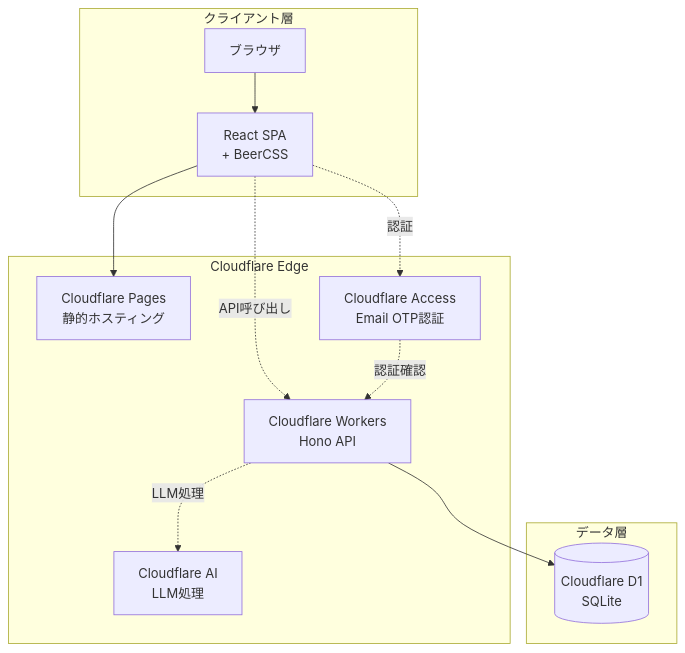
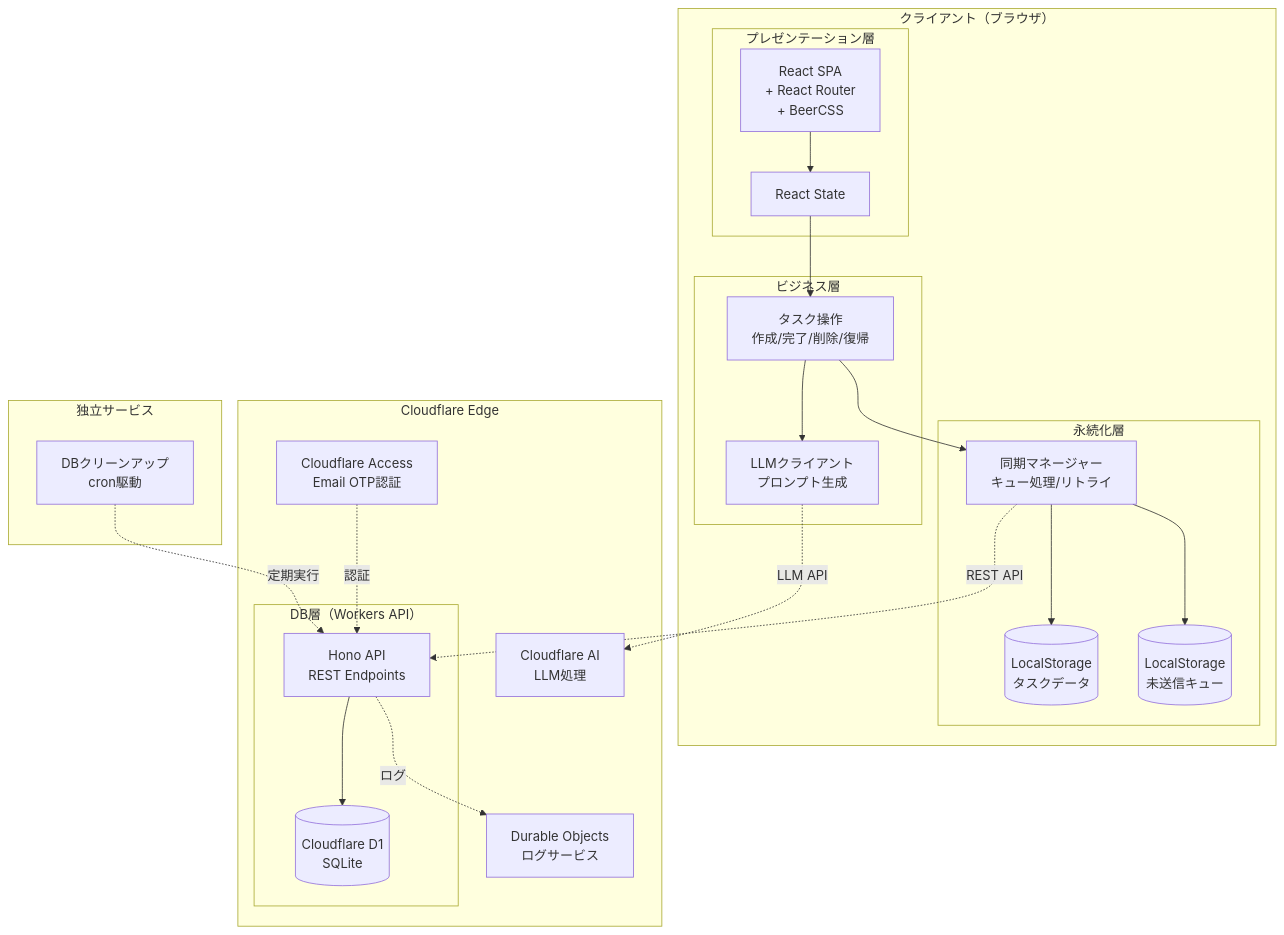
Before and after one commit to osawa-naotaka/vanishtodo: the first of 4 diagrams in doc/05_01_ARCHETECTURE.md, drawn with Mermaid. The commit also changed other lines of this file, not shown here.

````diff
--- a/doc/05_01_ARCHETECTURE.md
+++ b/doc/05_01_ARCHETECTURE.md
@@ -7,26 +25,49 @@
 ```mermaid
 graph TB
-    subgraph "クライアント層"
-        Browser[ブラウザ]
-        UI[React SPA<br/>+ BeerCSS]
+    subgraph "クライアント（ブラウザ）"
+        subgraph "プレゼンテーション層"
+            UI[React SPA<br/>+ React Router<br/>+ BeerCSS]
+            State[React State]
+        end
+        
+        subgraph "ビジネス層"
+            TaskOps[タスク操作<br/>作成/完了/削除/復帰]
+            LLMClient[LLMクライアント<br/>プロンプト生成]
+        end
+        
+        subgraph "永続化層"
+            LocalStorage[(LocalStorage<br/>タスクデータ)]
+            SyncQueue[(LocalStorage<br/>未送信キュー)]
+            SyncManager[同期マネージャー<br/>キュー処理/リトライ]
+        end
     end
     
     subgraph "Cloudflare Edge"
-        Pages[Cloudflare Pages<br/>静的ホスティング]
         Access[Cloudflare Access<br/>Email OTP認証]
-        Workers[Cloudflare Workers<br/>Hono API]
+        
+        subgraph "DB層（Workers API）"
+            Workers[Hono API<br/>REST Endpoints]
+            D1[(Cloudflare D1<br/>SQLite)]
+        end
+        
         AI[Cloudflare AI<br/>LLM処理]
+        DurableObj[Durable Objects<br/>ログサービス]
     end
     
-    subgraph "データ層"
-        D1[(Cloudflare D1<br/>SQLite)]
+    subgraph "独立サービス"
+        Cron[DBクリーンアップ<br/>cron駆動]
     end
     
-    Browser --> UI
-    UI --> Pages
-    UI -.認証.-> Access
-    UI -.API呼び出し.-> Workers
+    UI --> State
+    State --> TaskOps
+    TaskOps --> LLMClient
+    TaskOps --> SyncManager
+    LLMClient -.LLM API.-> AI
+    SyncManager --> LocalStorage
+    SyncManager --> SyncQueue
+    SyncManager -.REST API.-> Workers
     Workers --> D1
-    Workers -.LLM処理.-> AI
-    Access -.認証確認.-> Workers
+    Workers -.ログ.-> DurableObj
+    Cron -.定期実行.-> Workers
+    Access -.認証.-> Workers
 ```
````
